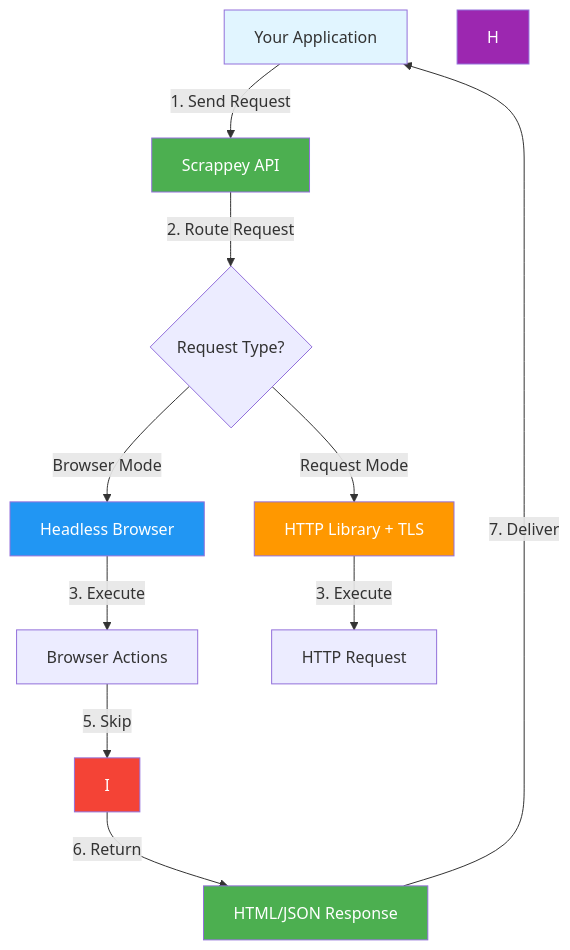
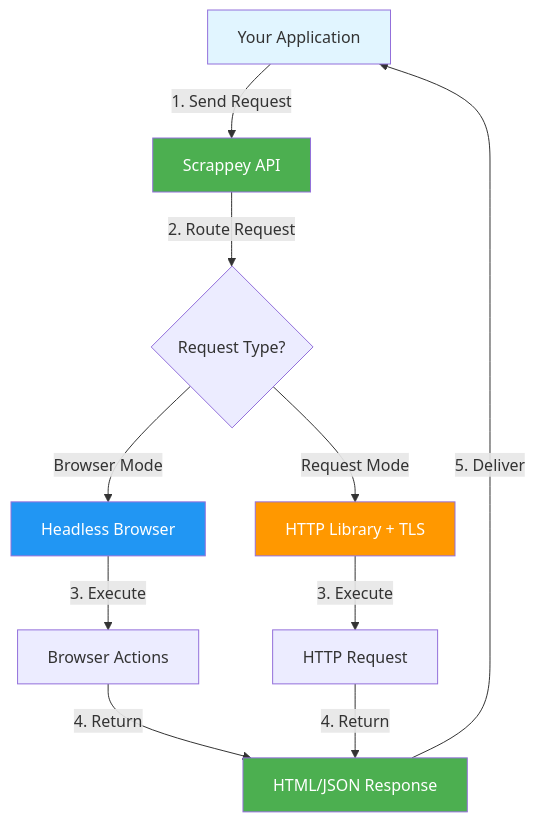
One commit to pim97/scrappey-wrapper-python changed the diagram in README.md. Above: the diagram before and after it, drawn with Mermaid. The commit also changed other lines of this file, not shown here.

````diff
--- a/README.md
+++ b/README.md
@@ -39,20 +38,18 @@
 ```mermaid
 graph TB
     A[Your Application] -->|1. Send Request| B[Scrappey API]
     B -->|2. Route Request| C{Request Type?}
     C -->|Browser Mode| D[Headless Browser]
     C -->|Request Mode| E[HTTP Library + TLS]
     D -->|3. Execute| F[Browser Actions]
     E -->|3. Execute| G[HTTP Request]
-    F -->|5. Skip| I
-    I -->|6. Return| J[HTML/JSON Response]
-    J -->|7. Deliver| A
-    
+    F -->|4. Return| J[HTML/JSON Response]
+    G -->|4. Return| J
+    J -->|5. Deliver| A
+
     style A fill:#e1f5ff
     style B fill:#4CAF50,color:#fff
     style D fill:#2196F3,color:#fff
     style E fill:#FF9800,color:#fff
-    style H fill:#9C27B0,color:#fff
-    style I fill:#F44336,color:#fff
     style J fill:#4CAF50,color:#fff
 ```
````
